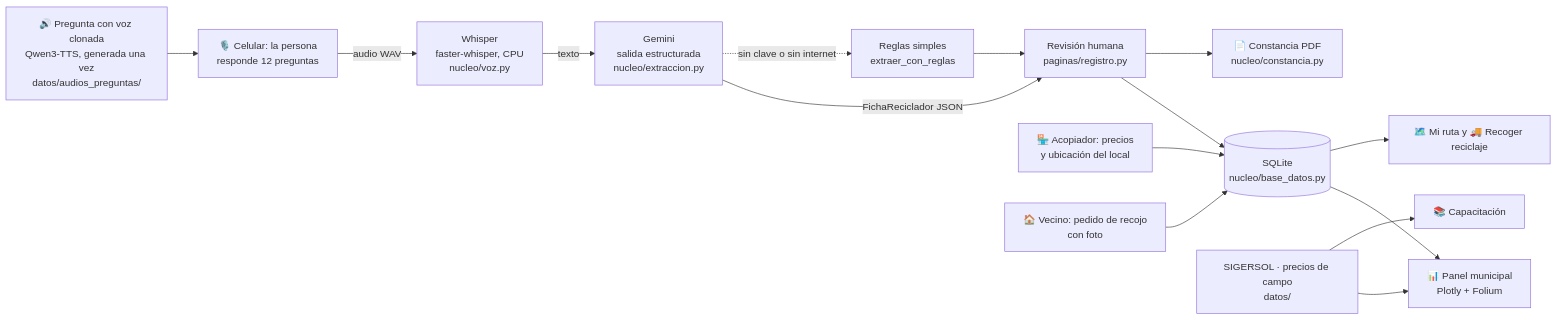
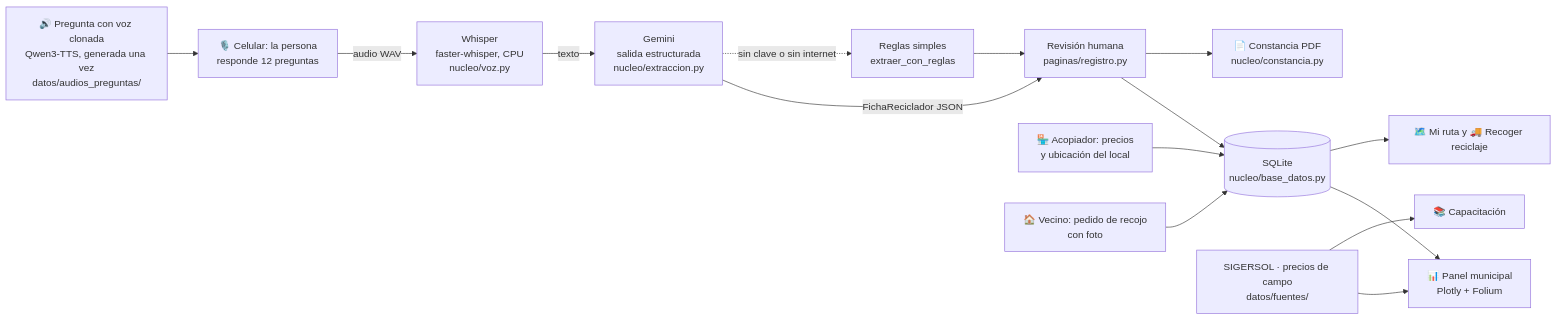
Before and after one commit to grey-d18/proyecto_final: the diagram in README.md, drawn with Mermaid. The commit also changed other lines of this file and 11 other files, not shown here.

````diff
--- a/README.md
+++ b/README.md
@@ -89,17 +89,17 @@
 ```mermaid
 flowchart LR
     Q[🔊 Pregunta con voz clonada<br>Qwen3-TTS, generada una vez<br>datos/audios_preguntas/] --> A
     A[🎙️ Celular: la persona<br>responde 12 preguntas] -->|audio WAV| B[Whisper<br>faster-whisper, CPU<br>nucleo/voz.py]
     B -->|texto| C[Gemini<br>salida estructurada<br>nucleo/extraccion.py]
     C -->|FichaReciclador JSON| D[Revisión humana<br>paginas/registro.py]
     D --> E[(SQLite<br>nucleo/base_datos.py)]
     D --> F[📄 Constancia PDF<br>nucleo/constancia.py]
     E --> G[📊 Panel municipal<br>Plotly + Folium]
-    H[SIGERSOL · precios de campo<br>datos/] --> G
+    H[SIGERSOL · precios de campo<br>datos/fuentes/] --> G
     H --> I[📚 Capacitación]
     K[🏪 Acopiador: precios<br>y ubicación del local] --> E
     L[🏠 Vecino: pedido de recojo<br>con foto] --> E
     E --> M[🗺️ Mi ruta y 🚚 Recoger reciclaje]
     C -.sin clave o sin internet.-> J[Reglas simples<br>extraer_con_reglas]
     J --> D
 ```
````
